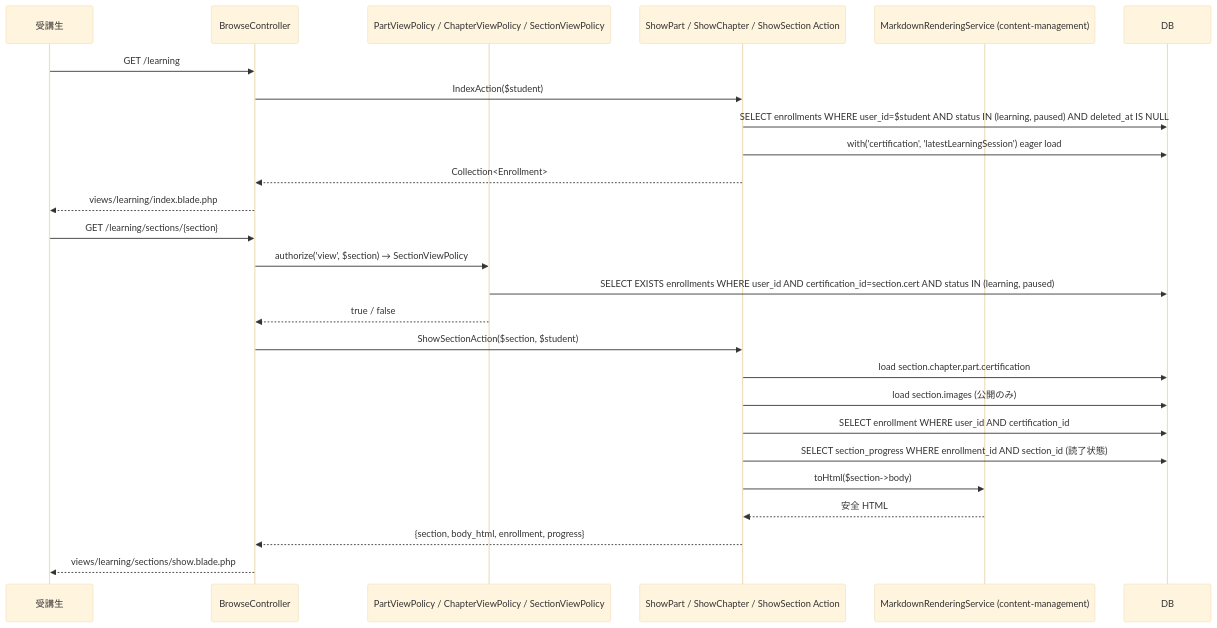
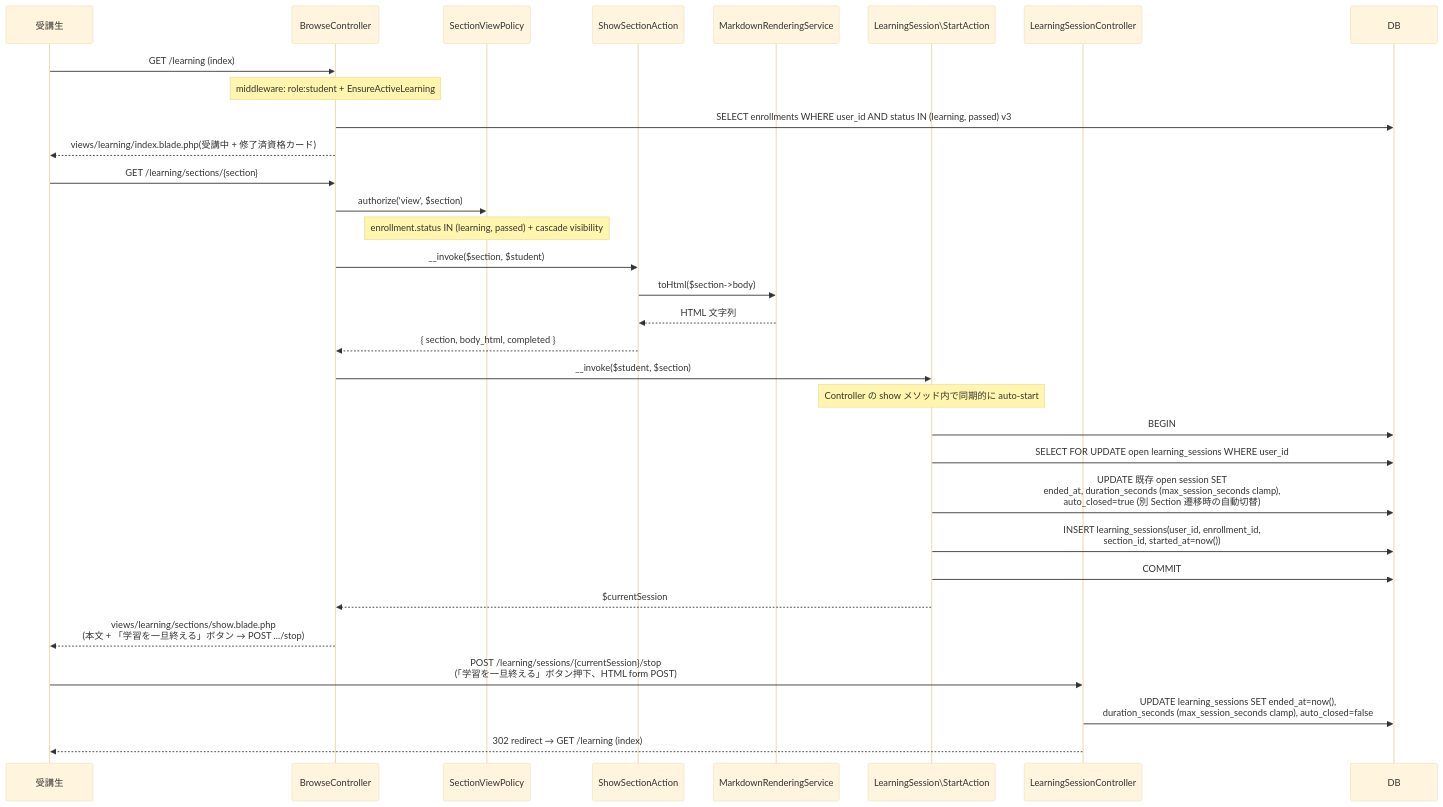
One commit to coachtech-mockcase-second/ExampleAnswer-mockcase-CertifyLMS changed the second of 4 diagrams in docs/specs/learning/design.md. Above: the diagram before and after it, drawn with Mermaid (base theme). The commit also changed other lines of this file and 67 other files, not shown here.

````diff
--- a/docs/specs/learning/design.md
+++ b/docs/specs/learning/design.md
@@ -62,30 +48,40 @@
 ```mermaid
 sequenceDiagram
     participant Student as 受講生
     participant BC as BrowseController
-    participant Pol as PartViewPolicy / ChapterViewPolicy / SectionViewPolicy
-    participant Act as ShowPart / ShowChapter / ShowSection Action
-    participant MRS as MarkdownRenderingService (content-management)
+    participant Pol as SectionViewPolicy
+    participant SA as ShowSectionAction
+    participant Markdown as MarkdownRenderingService
+    participant LSStart as LearningSession\StartAction
+    participant LSC as LearningSessionController
     participant DB as DB
 
-    Student->>BC: GET /learning
-    BC->>Act: IndexAction($student)
-    Act->>DB: SELECT enrollments WHERE user_id=$student AND status IN (learning, paused) AND deleted_at IS NULL
-    Act->>DB: with('certification', 'latestLearningSession') eager load
-    Act-->>BC: Collection<Enrollment>
-    BC-->>Student: views/learning/index.blade.php
+    Student->>BC: GET /learning (index)
+    Note over BC: middleware: role:student + EnsureActiveLearning
+    BC->>DB: SELECT enrollments WHERE user_id AND status IN (learning, passed) v3
+    BC-->>Student: views/learning/index.blade.php(受講中 + 修了済資格カード)
 
+    %% Section 表示 → サーバ側 auto-start
     Student->>BC: GET /learning/sections/{section}
-    BC->>Pol: authorize('view', $section) → SectionViewPolicy
-    Pol->>DB: SELECT EXISTS enrollments WHERE user_id AND certification_id=section.cert AND status IN (learning, paused)
-    Pol-->>BC: true / false
-    BC->>Act: ShowSectionAction($section, $student)
-    Act->>DB: load section.chapter.part.certification
-    Act->>DB: load section.images (公開のみ)
-    Act->>DB: SELECT enrollment WHERE user_id AND certification_id
-    Act->>DB: SELECT section_progress WHERE enrollment_id AND section_id (読了状態)
-    Act->>MRS: toHtml($section->body)
-    MRS-->>Act: 安全 HTML
-    Act-->>BC: {section, body_html, enrollment, progress}
-    BC-->>Student: views/learning/sections/show.blade.php
+    BC->>Pol: authorize('view', $section)
+    Note over Pol: enrollment.status IN (learning, passed) + cascade visibility
+    BC->>SA: __invoke($section, $student)
+    SA->>Markdown: toHtml($section->body)
+    Markdown-->>SA: HTML 文字列
+    SA-->>BC: { section, body_html, completed }
+
+    BC->>LSStart: __invoke($student, $section)
+    Note over LSStart: Controller の show メソッド内で同期的に auto-start
+    LSStart->>DB: BEGIN
+    LSStart->>DB: SELECT FOR UPDATE open learning_sessions WHERE user_id
+    LSStart->>DB: UPDATE 既存 open session SET<br/>ended_at, duration_seconds (max_session_seconds clamp),<br/>auto_closed=true (別 Section 遷移時の自動切替)
+    LSStart->>DB: INSERT learning_sessions(user_id, enrollment_id,<br/>section_id, started_at=now())
+    LSStart->>DB: COMMIT
+    LSStart-->>BC: $currentSession
+    BC-->>Student: views/learning/sections/show.blade.php<br/>(本文 + 「学習を一旦終える」ボタン → POST .../stop)
+
+    %% 明示 stop ボタン
+    Student->>LSC: POST /learning/sessions/{currentSession}/stop<br/>(「学習を一旦終える」ボタン押下、HTML form POST)
+    LSC->>DB: UPDATE learning_sessions SET ended_at=now(),<br/>duration_seconds (max_session_seconds clamp), auto_closed=false
+    LSC-->>Student: 302 redirect → GET /learning (index)
 ```
````
